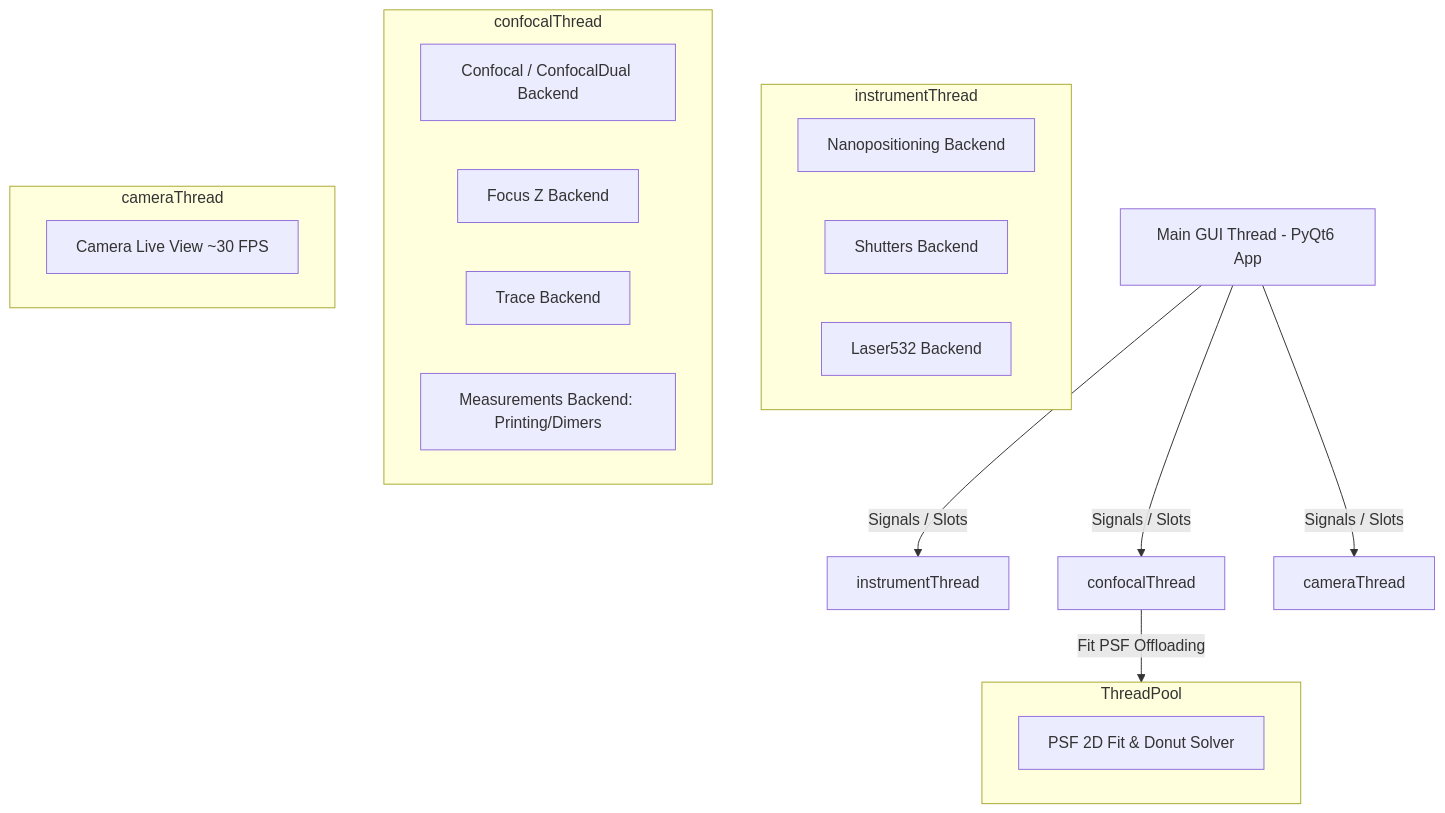
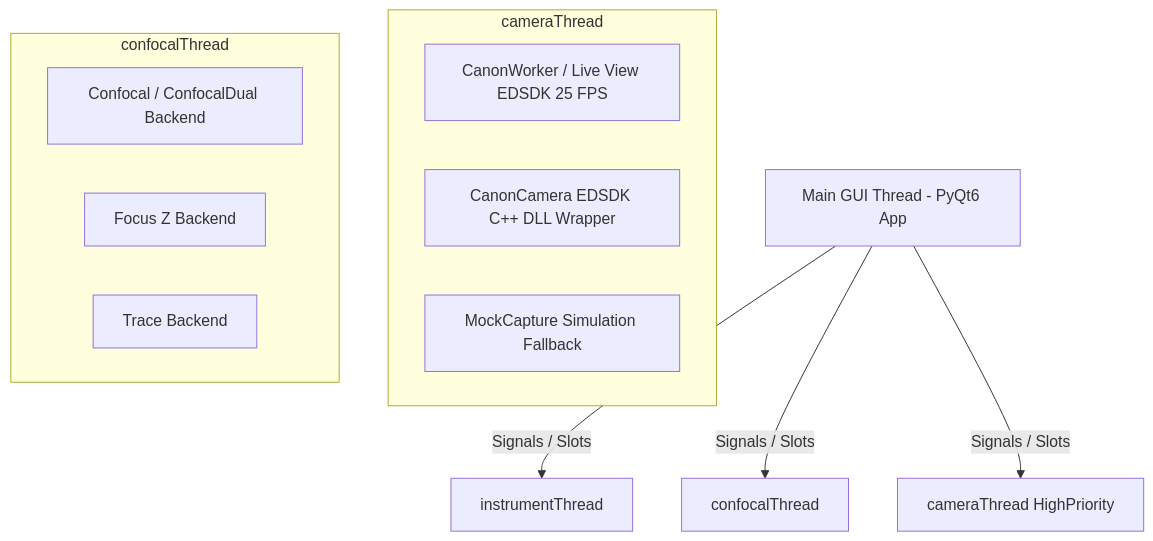
One commit to joselitog1999/pyprinting_3.0 changed the diagram in README.md. Above: the diagram before and after it, drawn with Mermaid. The commit also changed other lines of this file and 1 other file, not shown here.

Commit message:
Update README.md and MANUAL_USUARIO.md with detailed Canon EDSDK 25 FPS architecture, MemoryStream RAM transfer, FOV panning, multi-format photo capture, and merged camera.py documentation

````diff
--- a/README.md
+++ b/README.md
@@ -117,28 +120,18 @@
 ```mermaid
 graph TD
     GUI[Main GUI Thread - PyQt6 App] -->|Signals / Slots| InstrumentThread[instrumentThread]
     GUI -->|Signals / Slots| ConfocalThread[confocalThread]
-    GUI -->|Signals / Slots| CameraThread[cameraThread]
-    ConfocalThread -->|Fit PSF Offloading| ThreadPool[ThreadPoolExecutor]
+    GUI -->|Signals / Slots| CameraThread[cameraThread HighPriority]
 
-    subgraph instrumentThread
-        nanoWorker[Nanopositioning Backend]
-        shuttersWorker[Shutters Backend]
-        laserBackend[Laser532 Backend]
+    subgraph cameraThread
+        canonWorker[CanonWorker / Live View EDSDK 25 FPS]
+        canonCam[CanonCamera EDSDK C++ DLL Wrapper]
+        mockCap[MockCapture Simulation Fallback]
     end
 
     subgraph confocalThread
         confocalWorker[Confocal / ConfocalDual Backend]
         focusWorker[Focus Z Backend]
         traceWorker[Trace Backend]
-        measWorker[Measurements Backend: Printing/Dimers]
-    end
-
-    subgraph cameraThread
-        cameraWorker[Camera Live View ~30 FPS]
-    end
-
-    subgraph ThreadPool
-        psfWorker[PSF 2D Fit & Donut Solver]
     end
 ```
````
